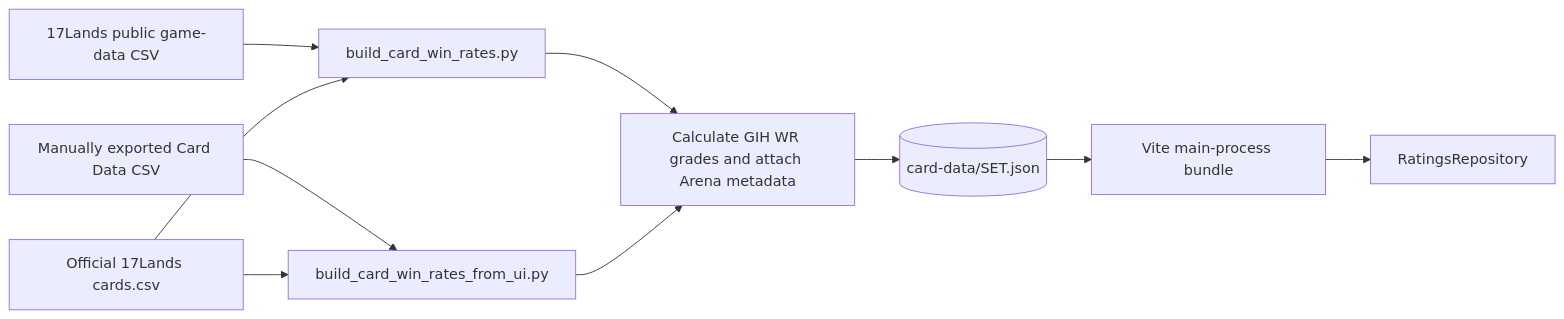
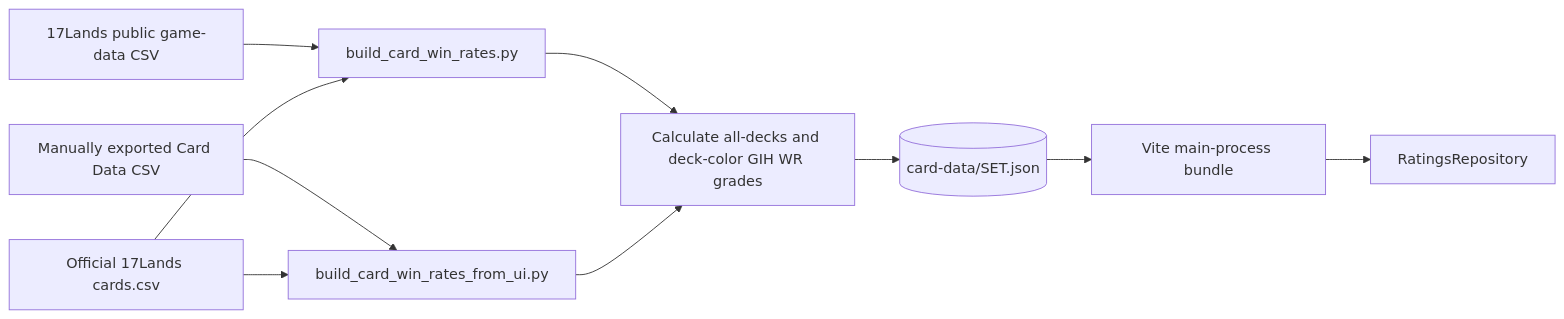
The fourth of 4 diagrams in docs/architecture.md (ratek-20/17-buddy), drawn with Mermaid before and after one commit. The commit also changed 5 other files, not shown here.

Commit message:
feat: calculate also winrate grades by deck in py scripts

````diff
--- a/docs/architecture.md
+++ b/docs/architecture.md
@@ -121,22 +121,22 @@
 ```mermaid
 flowchart LR
     PublicData[17Lands public game-data CSV]
     ManualData[Manually exported Card Data CSV]
     CardList[Official 17Lands cards.csv]
     PublicBuilder[build_card_win_rates.py]
     FallbackBuilder[build_card_win_rates_from_ui.py]
-    Normalize[Calculate GIH WR grades and attach Arena metadata]
+    Normalize[Calculate all-decks and deck-color GIH WR grades]
     Json[(card-data/SET.json)]
     Bundle[Vite main-process bundle]
     Repository[RatingsRepository]
 
     PublicData --> PublicBuilder
     ManualData --> FallbackBuilder
     CardList --> PublicBuilder
     CardList --> FallbackBuilder
     PublicBuilder --> Normalize
     FallbackBuilder --> Normalize
     Normalize --> Json
     Json --> Bundle
     Bundle --> Repository
 ```
````
